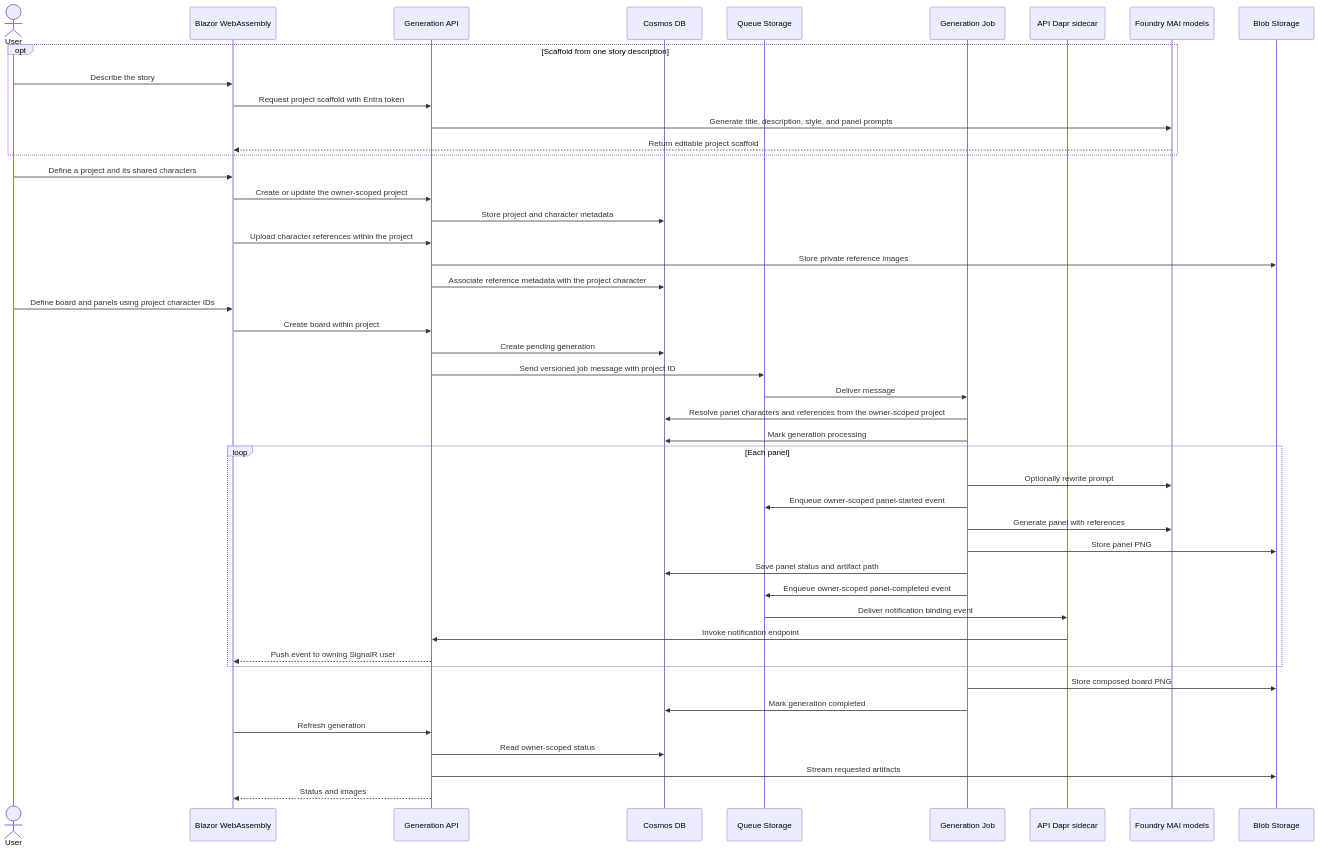
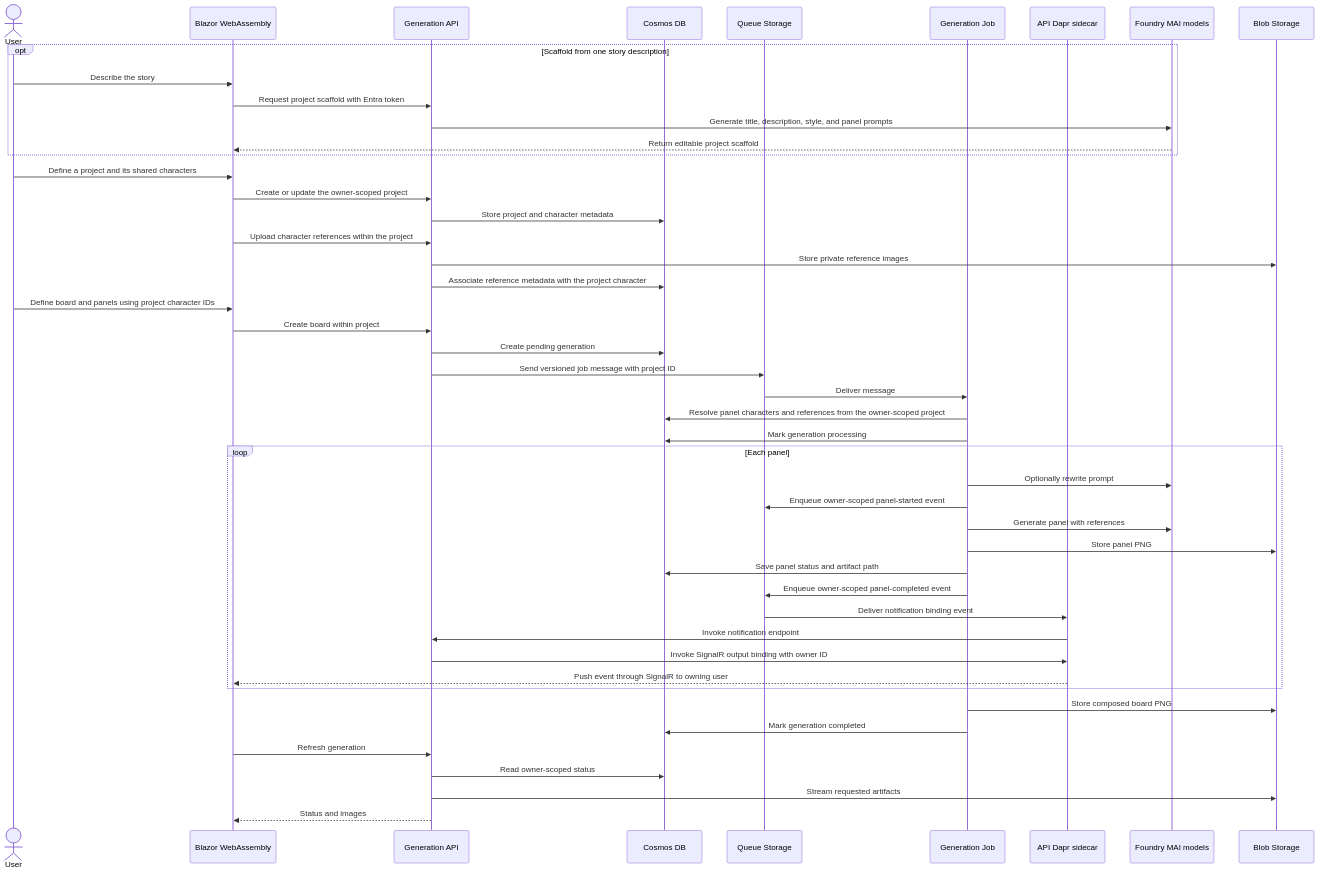
The second of 2 diagrams in docs/architecture.md (mathieumack/foundry-comics-mai), drawn with Mermaid before and after one commit. The commit also changed other lines of this file and 6 other files, not shown here.

Commit message:
Route notifications through Dapr SignalR binding

````diff
--- a/docs/architecture.md
+++ b/docs/architecture.md
@@ -45,48 +45,49 @@
 ```mermaid
 sequenceDiagram
     actor User
     participant Web as Blazor WebAssembly
     participant API as Generation API
     participant DB as Cosmos DB
     participant Queue as Queue Storage
     participant Job as Generation Job
     participant Dapr as API Dapr sidecar
     participant MAI as Foundry MAI models
     participant Blob as Blob Storage
     opt Scaffold from one story description
         User->>Web: Describe the story
         Web->>API: Request project scaffold with Entra token
         API->>MAI: Generate title, description, style, and panel prompts
         MAI-->>Web: Return editable project scaffold
     end
     User->>Web: Define a project and its shared characters
     Web->>API: Create or update the owner-scoped project
     API->>DB: Store project and character metadata
     Web->>API: Upload character references within the project
     API->>Blob: Store private reference images
     API->>DB: Associate reference metadata with the project character
     User->>Web: Define board and panels using project character IDs
     Web->>API: Create board within project
     API->>DB: Create pending generation
     API->>Queue: Send versioned job message with project ID
     Queue->>Job: Deliver message
     Job->>DB: Resolve panel characters and references from the owner-scoped project
     Job->>DB: Mark generation processing
     loop Each panel
         Job->>MAI: Optionally rewrite prompt
         Job->>Queue: Enqueue owner-scoped panel-started event
         Job->>MAI: Generate panel with references
         Job->>Blob: Store panel PNG
         Job->>DB: Save panel status and artifact path
         Job->>Queue: Enqueue owner-scoped panel-completed event
         Queue->>Dapr: Deliver notification binding event
         Dapr->>API: Invoke notification endpoint
-        API-->>Web: Push event to owning SignalR user
+        API->>Dapr: Invoke SignalR output binding with owner ID
+        Dapr-->>Web: Push event through SignalR to owning user
     end
     Job->>Blob: Store composed board PNG
     Job->>DB: Mark generation completed
     Web->>API: Refresh generation
     API->>DB: Read owner-scoped status
     API->>Blob: Stream requested artifacts
     API-->>Web: Status and images
 ```
````
